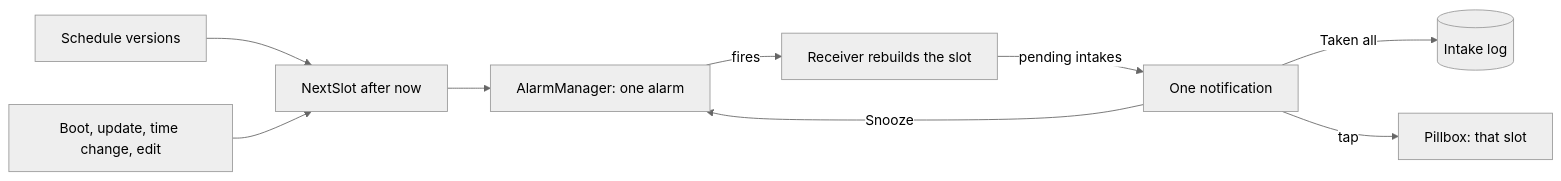
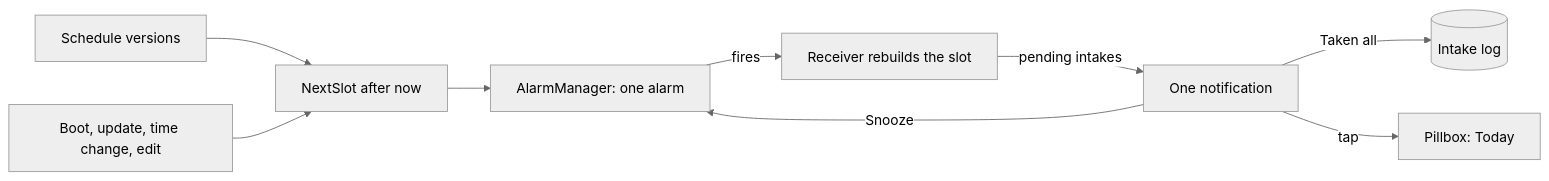
Before and after one commit to mannetje/health_journal: the diagram in openspec/changes/add-medication-reminders/design.md, drawn with Mermaid (neutral theme). The commit also changed other lines of this file and 6 other files, not shown here.

````diff
--- a/openspec/changes/add-medication-reminders/design.md
+++ b/openspec/changes/add-medication-reminders/design.md
@@ -33,11 +33,11 @@
 ```mermaid
 flowchart LR
     S[Schedule versions] --> N[NextSlot after now]
     N --> A[AlarmManager: one alarm]
     A -->|fires| R[Receiver rebuilds the slot]
     R -->|pending intakes| P[One notification]
     P -->|Taken all| L[(Intake log)]
     P -->|Snooze| A
-    P -->|tap| UI[Pillbox: that slot]
+    P -->|tap| UI[Pillbox: Today]
     B[Boot, update, time change, edit] --> N
 ```
````
